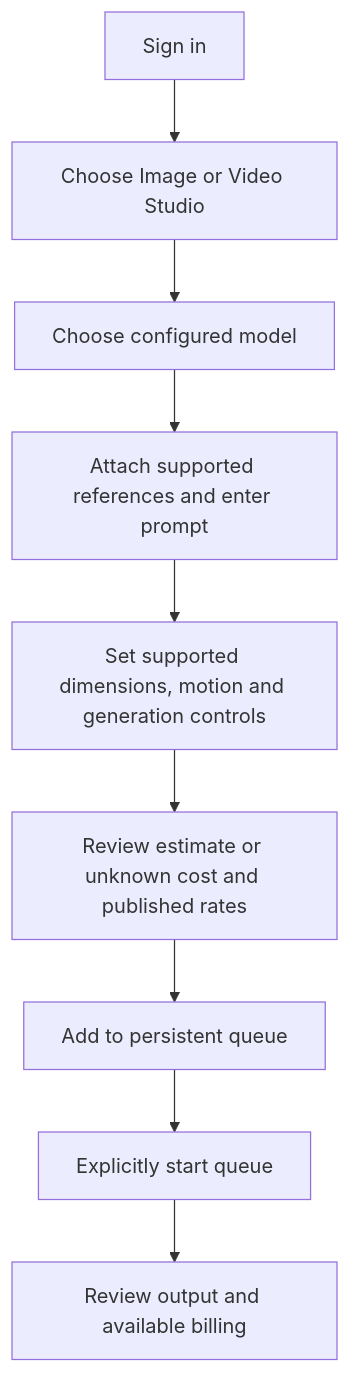
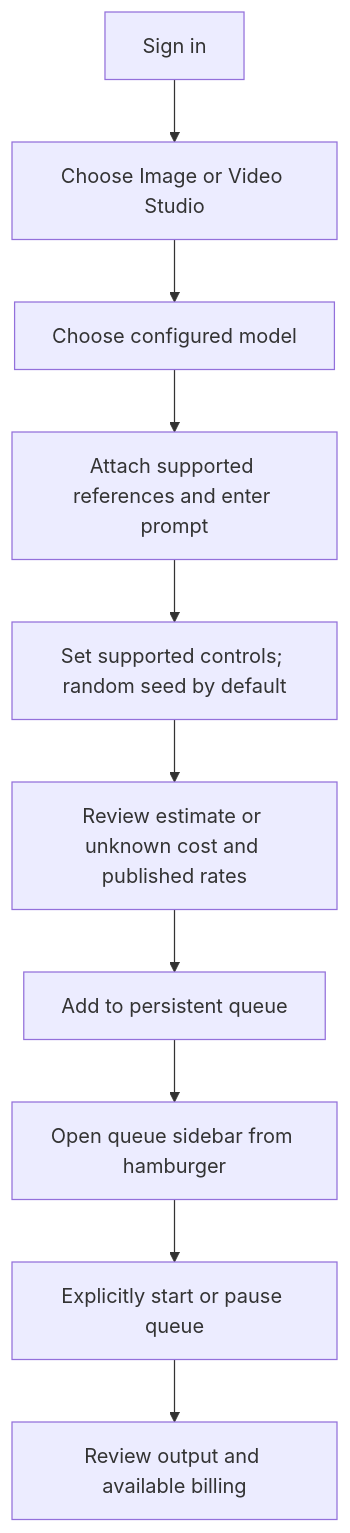
Before and after one commit to v-v-l/Open-Generative-AI: the diagram in docs/diagrams/user-journey.md, drawn with Mermaid. The commit also changed other lines of this file and 11 other files, not shown here.

Commit message:
Make random seeds explicit and move queue into sidebar

````diff
--- a/docs/diagrams/user-journey.md
+++ b/docs/diagrams/user-journey.md
@@ -6,11 +6,12 @@
 ```mermaid
 flowchart TD
   Login[Sign in] --> Studio[Choose Image or Video Studio]
   Studio --> Model[Choose configured model]
   Model --> Inputs[Attach supported references and enter prompt]
-  Inputs --> Settings[Set supported dimensions, motion and generation controls]
+  Inputs --> Settings[Set supported controls; random seed by default]
   Settings --> Quote[Review estimate or unknown cost and published rates]
   Quote --> Enqueue[Add to persistent queue]
-  Enqueue --> Start[Explicitly start queue]
+  Enqueue --> Sidebar[Open queue sidebar from hamburger]
+  Sidebar --> Start[Explicitly start or pause queue]
   Start --> Result[Review output and available billing]
 ```
````
